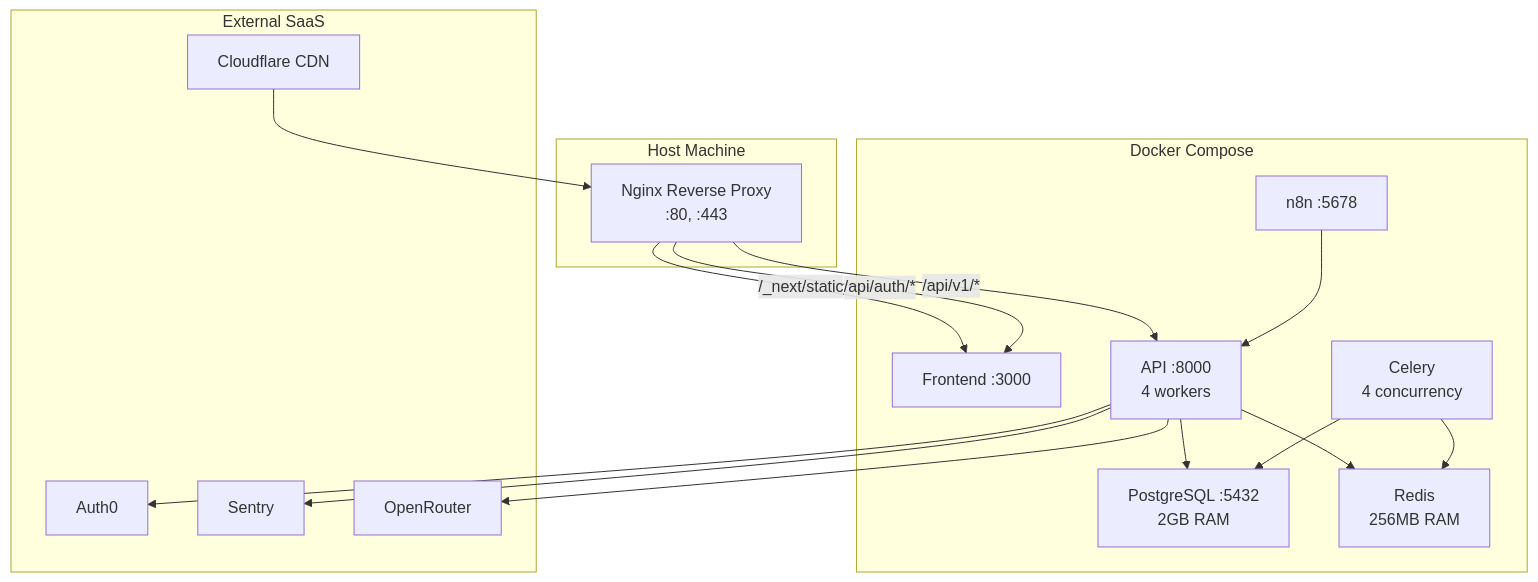
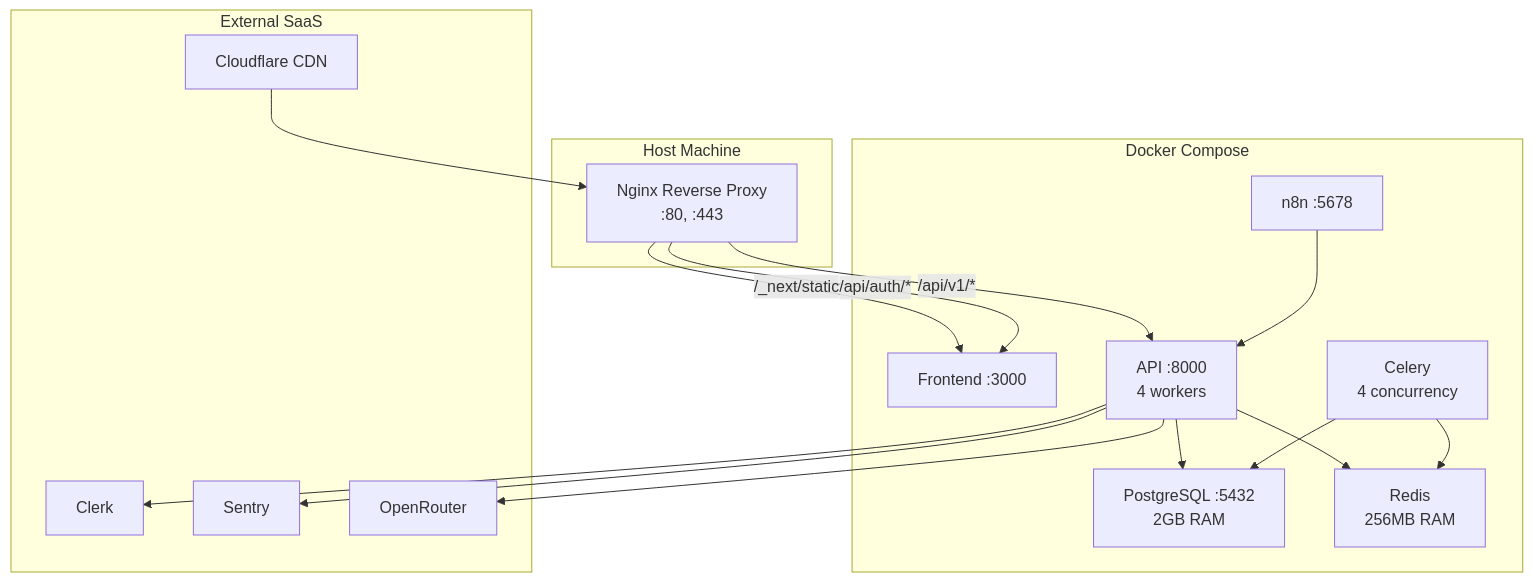
One commit to ahmed-shaaban-94/SAAS changed the sixth of 6 diagrams in docs/ARCHITECTURE.md. Above: the diagram before and after it, drawn with Mermaid. The commit also changed other lines of this file and 4 other files, not shown here.

First line of the commit message:
docs: fix canonical README/ARCHITECTURE drift + scrub deploy IP (#660)

````diff
--- a/docs/ARCHITECTURE.md
+++ b/docs/ARCHITECTURE.md
@@ -214,31 +214,31 @@
 ```mermaid
 graph TB
     subgraph "Host Machine"
         NGINX[Nginx Reverse Proxy<br/>:80, :443]
     end
 
     subgraph "Docker Compose"
         FE[Frontend :3000]
         API[API :8000<br/>4 workers]
         PG[PostgreSQL :5432<br/>2GB RAM]
         REDIS[Redis<br/>256MB RAM]
         CELERY[Celery<br/>4 concurrency]
         N8N[n8n :5678]
     end
 
     subgraph "External SaaS"
         CF[Cloudflare CDN]
-        AUTH0[Auth0]
+        CLERK[Clerk]
         SENTRY[Sentry]
         OR[OpenRouter]
     end
 
     CF --> NGINX
     NGINX -->|/_next/static| FE
     NGINX -->|/api/v1/*| API
     NGINX -->|/api/auth/*| FE
     API --> PG & REDIS
     CELERY --> PG & REDIS
     N8N --> API
-    API --> AUTH0 & SENTRY & OR
+    API --> CLERK & SENTRY & OR
 ```
````
